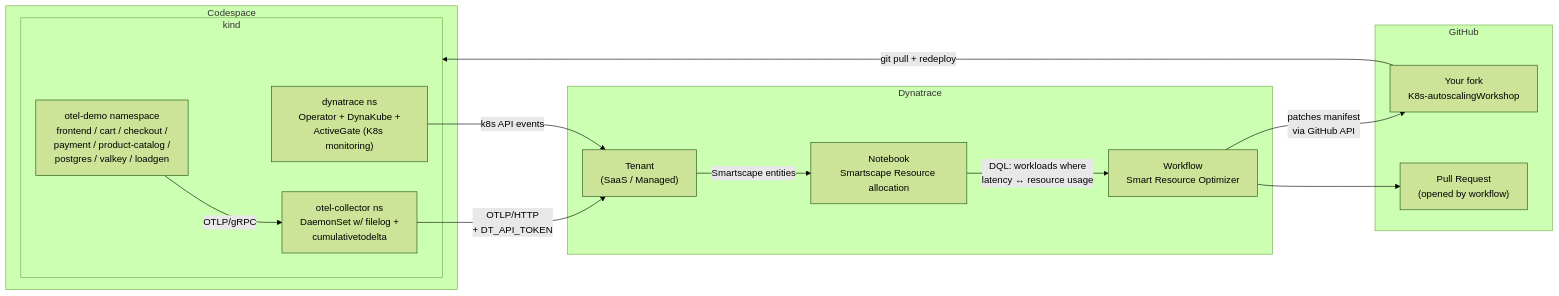
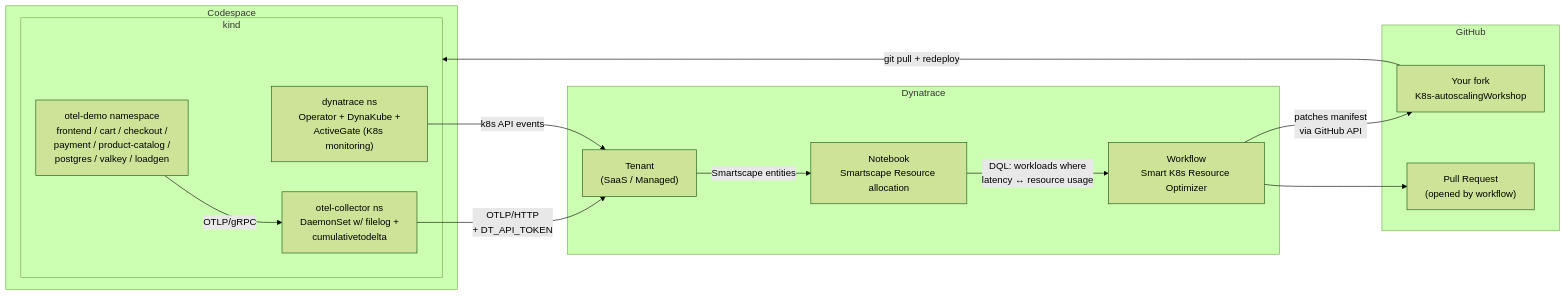
Before and after one commit to henrikrexed/K8s-autoscalingWorkshop: the diagram in docs/index.md, drawn with Mermaid (forest theme). The commit also changed other lines of this file and 9 other files, not shown here.

````diff
--- a/docs/index.md
+++ b/docs/index.md
@@ -26,29 +26,29 @@
 ```mermaid
 graph LR
     subgraph Codespace
         kind["kind cluster<br/>(named from $CODESPACE_NAME)"]
     end
     subgraph kind
         otel_demo["otel-demo namespace<br/>frontend / cart / checkout /<br/>payment / product-catalog /<br/>postgres / valkey / loadgen"]
         otel_collector["otel-collector ns<br/>DaemonSet w/ filelog +<br/>cumulativetodelta"]
         dynatrace_ns["dynatrace ns<br/>Operator + DynaKube +<br/>ActiveGate (K8s monitoring)"]
     end
     subgraph Dynatrace
         tenant["Tenant<br/>(SaaS / Managed)"]
         notebook["Notebook<br/>Smartscape Resource allocation"]
-        workflow["Workflow<br/>Smart Resource Optimizer"]
+        workflow["Workflow<br/>Smart K8s Resource Optimizer"]
     end
     subgraph GitHub
         fork["Your fork<br/>K8s-autoscalingWorkshop"]
         pr["Pull Request<br/>(opened by workflow)"]
     end
 
     otel_demo -- "OTLP/gRPC" --> otel_collector
     otel_collector -- "OTLP/HTTP<br/>+ DT_API_TOKEN" --> tenant
     dynatrace_ns -- "k8s API events" --> tenant
     tenant -- "Smartscape entities" --> notebook
     notebook -- "DQL: workloads where<br/>latency ↔ resource usage" --> workflow
     workflow -- "patches manifest<br/>via GitHub API" --> fork
     workflow --> pr
     fork -- "git pull + redeploy" --> kind
 ```
````
